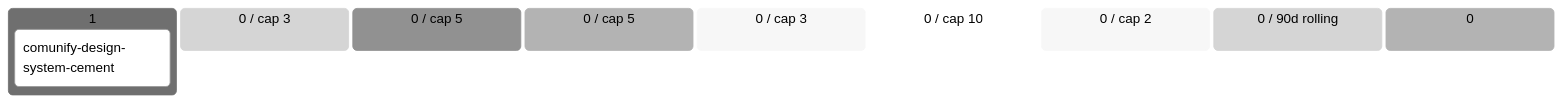
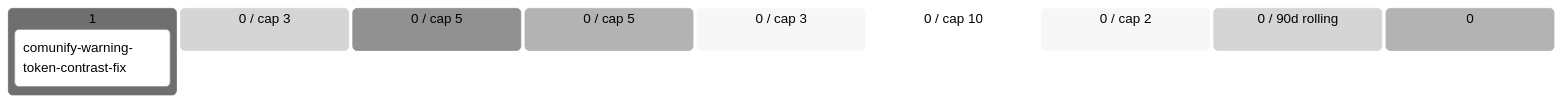
Before and after one commit to alpaca-purpura/luana-platform: the diagram in comunify/docs/product/BACKLOG.md, drawn with Mermaid (neutral theme). The commit also changed other lines of this file and 55 other files, not shown here.

First line of the commit message:
feat(comunify): cement design system + migrate 23 FE files to tokens (story autonomous E2E)

````diff
--- a/comunify/docs/product/BACKLOG.md
+++ b/comunify/docs/product/BACKLOG.md
@@ -39,13 +39,13 @@
 ```mermaid
 kanban
   💡 Ideas (1)
-    comunify-design-system-cement[comunify-design-system-cement]
+    comunify-warning-token-contras[comunify-warning-token-contrast-fix]
   🔬 Refining (0 / cap 3)
   ✅ Refined (0 / cap 5)
   📦 Ready (0 / cap 5)
   🔨 Developing (0 / cap 3)
   🧪 Developed (0 / cap 10)
   🔍 Reviewing (0 / cap 2)
   ✅ Done (0 / 90d rolling)
   🅿 Parked (0)
 ```
````
